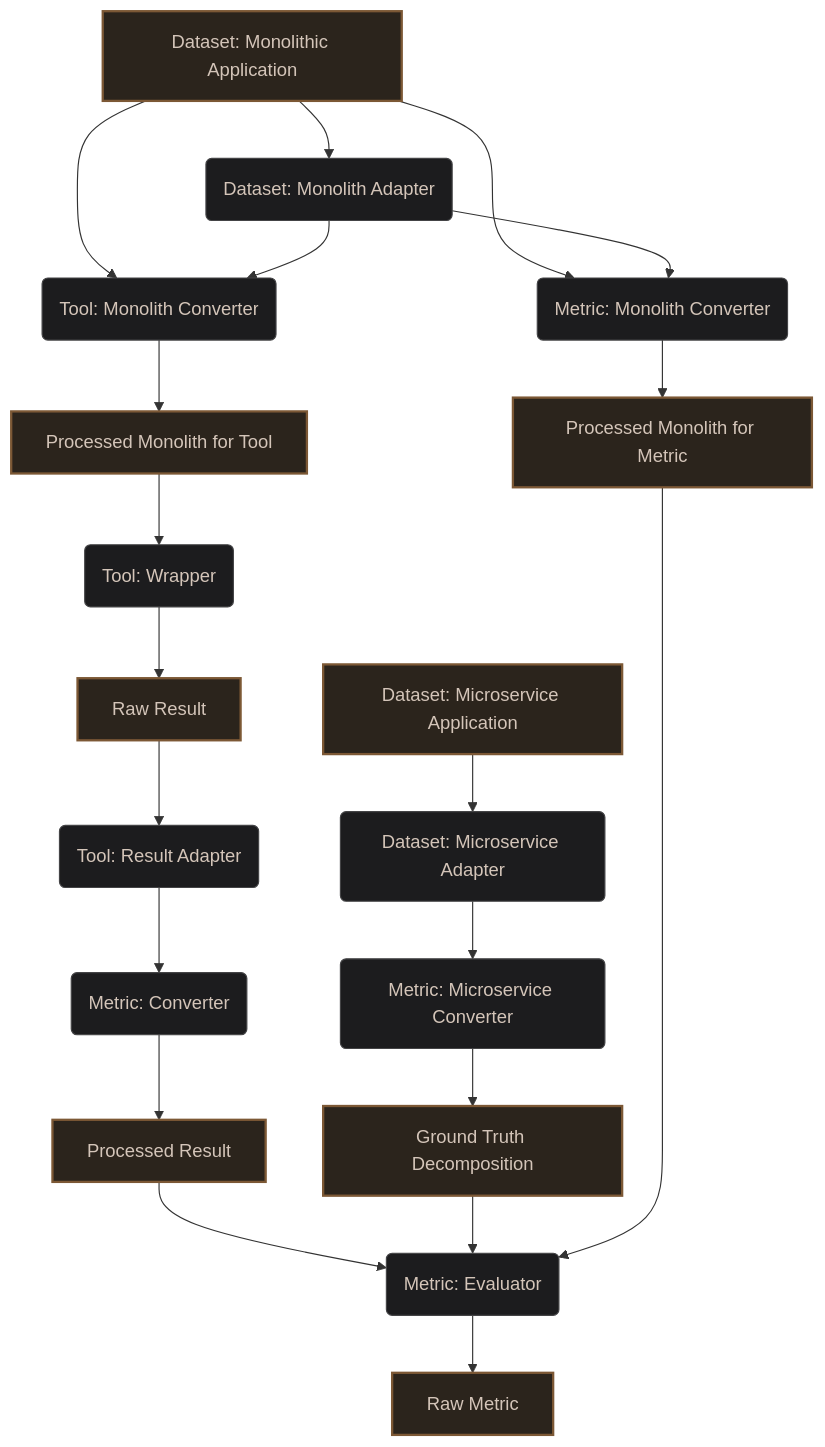
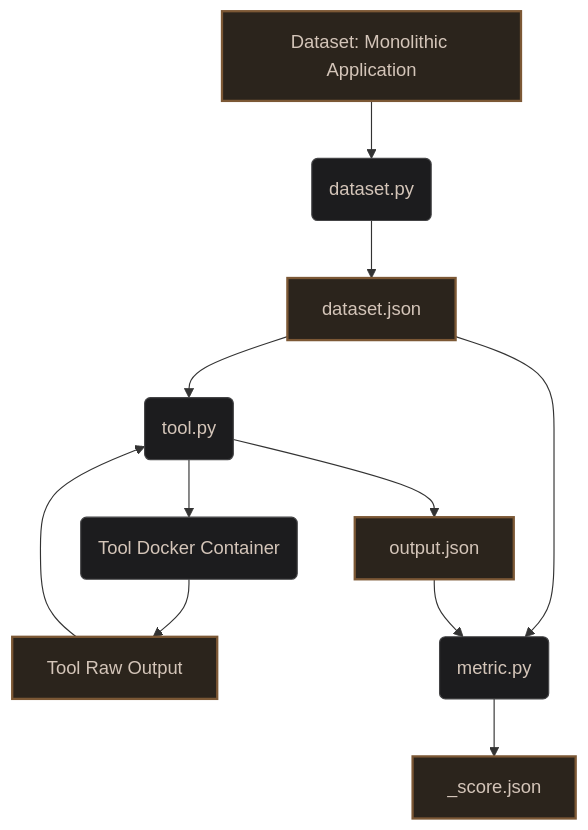
Before and after one commit to EmbedFlow-MicroserviceDecomposition/sota-benchmarking: the diagram in README.md, drawn with Mermaid. The commit also changed other lines of this file and 8 other files, not shown here.

Commit message:
Refactor pipeline to unified orchestrator architecture

````diff
--- a/README.md
+++ b/README.md
@@ -21,66 +21,32 @@
 ```mermaid
 graph TD
-    %% ==========================================================
-    %% NODE DEFINITIONS
-    %% ==========================================================
+    %% --- Data Nodes ---
+    Monolith[Dataset: Monolithic Application]:::data
+    DatasetJSON[dataset.json]:::data
+    RawOutput[Tool Raw Output]:::data
+    OutputJSON[output.json]:::data
+    MetricJSON[<metric>_score.json]:::data
+
+    %% --- Process Nodes ---
+    DatasetPY(dataset.py):::process
+    ToolPY(tool.py):::process
+    MetricPY(metric.py):::process
+    DockerTool(Tool Docker Container):::process
+
+    %% --- Pipeline ---
+    Monolith --> DatasetPY
+    DatasetPY --> DatasetJSON
     
-    %% --- Data Nodes (Representing states, inputs, or outputs) ---
-    Monolithic_Dataset[Dataset: Monolithic Application]:::data
-    Microservice_Dataset[Dataset: Microservice Application]:::data
-    Processed_Monolith_for_Tool[Processed Monolith for Tool]:::data
-    Raw_Result[Raw Result]:::data
-    Processed_Result[Processed Result]:::data
-    Ground_Truth[Ground Truth Decomposition]:::data
-    Processed_Monolith_for_Metric[Processed Monolith for Metric]:::data
-    Raw_Metric[Raw Metric]:::data
+    DatasetJSON --> ToolPY
+    ToolPY --> DockerTool
+    DockerTool --> RawOutput
+    RawOutput --> ToolPY
+    ToolPY --> OutputJSON
+    
+    DatasetJSON --> MetricPY
+    OutputJSON --> MetricPY
+    MetricPY --> MetricJSON
 
-    %% --- Process Nodes (Representing actions, adapters, or tools) ---
-    Dataset_Adapter(Dataset: Monolith Adapter):::process
-    Tool_Converter(Tool: Monolith Converter):::process
-    Tool(Tool: Wrapper):::process
-    Tool_Adapter(Tool: Result Adapter):::process
-    Metric_Converter(Metric: Converter):::process
-    Microservice_Adapter(Dataset: Microservice Adapter):::process
-    Metric_Microservice_Converter(Metric: Microservice Converter):::process
-    Metric_Monolith_Converter(Metric: Monolith Converter):::process
-    Metric_Evaluator(Metric: Evaluator):::process
-
-    %% ==========================================================
-    %% PIPELINE CONNECTIONS
-    %% ==========================================================
-
-    %% --- Step 1: Monolith Input & Tool Ingestion Prep ---
-    Monolithic_Dataset --> Dataset_Adapter
-    Monolithic_Dataset --> Tool_Converter
-    Dataset_Adapter --> Tool_Converter
-    Tool_Converter --> Processed_Monolith_for_Tool
-    
-    %% --- Step 2: Tool Execution & Output Processing ---
-    Processed_Monolith_for_Tool --> Tool
-    Tool --> Raw_Result
-    Raw_Result --> Tool_Adapter
-    Tool_Adapter --> Metric_Converter
-    Metric_Converter --> Processed_Result
-    
-    %% --- Step 3: Microservice Input & Ground Truth Setup ---
-    Microservice_Dataset --> Microservice_Adapter
-    Microservice_Adapter --> Metric_Microservice_Converter
-    Metric_Microservice_Converter --> Ground_Truth
-    
-    %% --- Step 4: Monolith Metric Baseline Prep ---
-    Monolithic_Dataset --> Metric_Monolith_Converter
-    Dataset_Adapter --> Metric_Monolith_Converter
-    Metric_Monolith_Converter --> Processed_Monolith_for_Metric
-    
-    %% --- Step 5: Metric Evaluation & Final Output ---
-    Processed_Result --> Metric_Evaluator
-    Ground_Truth --> Metric_Evaluator
-    Processed_Monolith_for_Metric --> Metric_Evaluator
-    Metric_Evaluator --> Raw_Metric
-
-    %% ==========================================================
-    %% STYLING & CLASSES
-    %% ==========================================================
     classDef data fill:#2b241c,stroke:#7c5835,stroke-width:2px,color:#d4c5b9;
     classDef process fill:#1c1c1e,stroke:#444446,stroke-width:1px,color:#d4c5b9;
 ```
````
